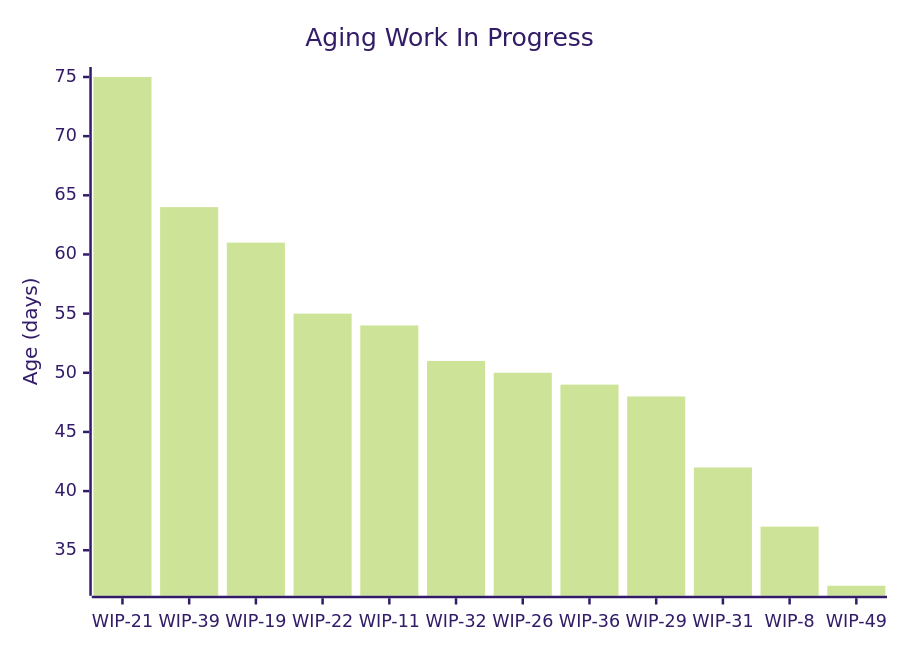
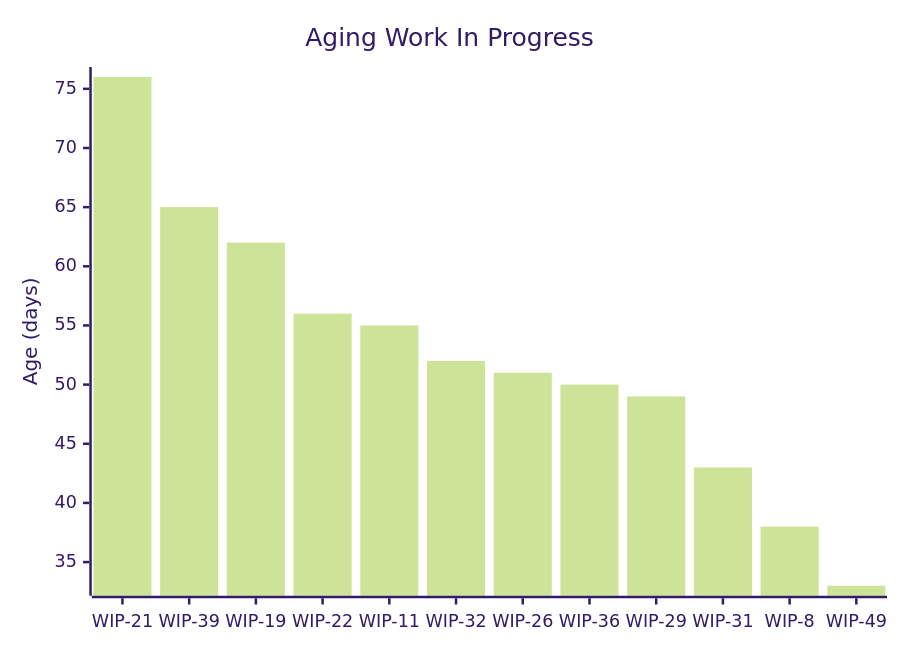
Before and after one commit to cbroult/predictability-engine: the first of 5 diagrams in data/samples/reports/sample_data_large/priorities/Low.md, drawn with Mermaid (forest theme). The commit also changed other lines of this file and 72 other files, not shown here.

````diff
--- a/data/samples/reports/sample_data_large/priorities/Low.md
+++ b/data/samples/reports/sample_data_large/priorities/Low.md
@@ -29,7 +29,7 @@
 ```mermaid
 xychart-beta
     title "Aging Work In Progress"
     x-axis ["WIP-21", "WIP-39", "WIP-19", "WIP-22", "WIP-11", "WIP-32", "WIP-26", "WIP-36", "WIP-29", "WIP-31", "WIP-8", "WIP-49"]
     y-axis "Age (days)"
-    bar "Age" [75, 64, 61, 55, 54, 51, 50, 49, 48, 42, 37, 32]
+    bar "Age" [76, 65, 62, 56, 55, 52, 51, 50, 49, 43, 38, 33]
 ```
````
